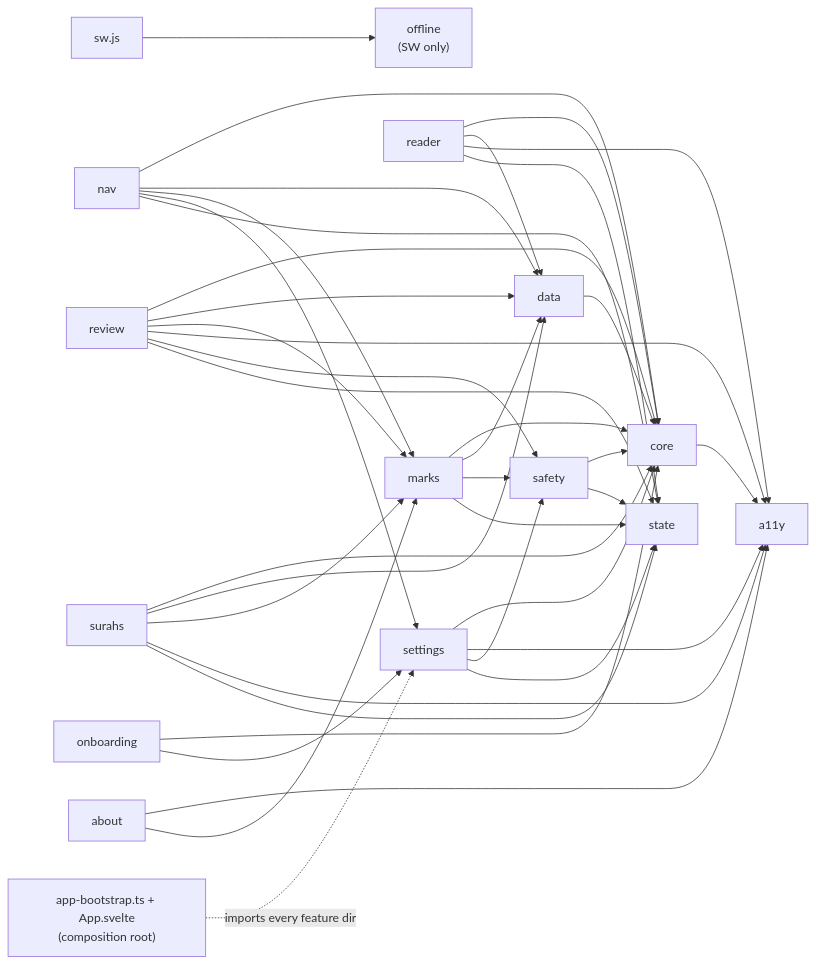
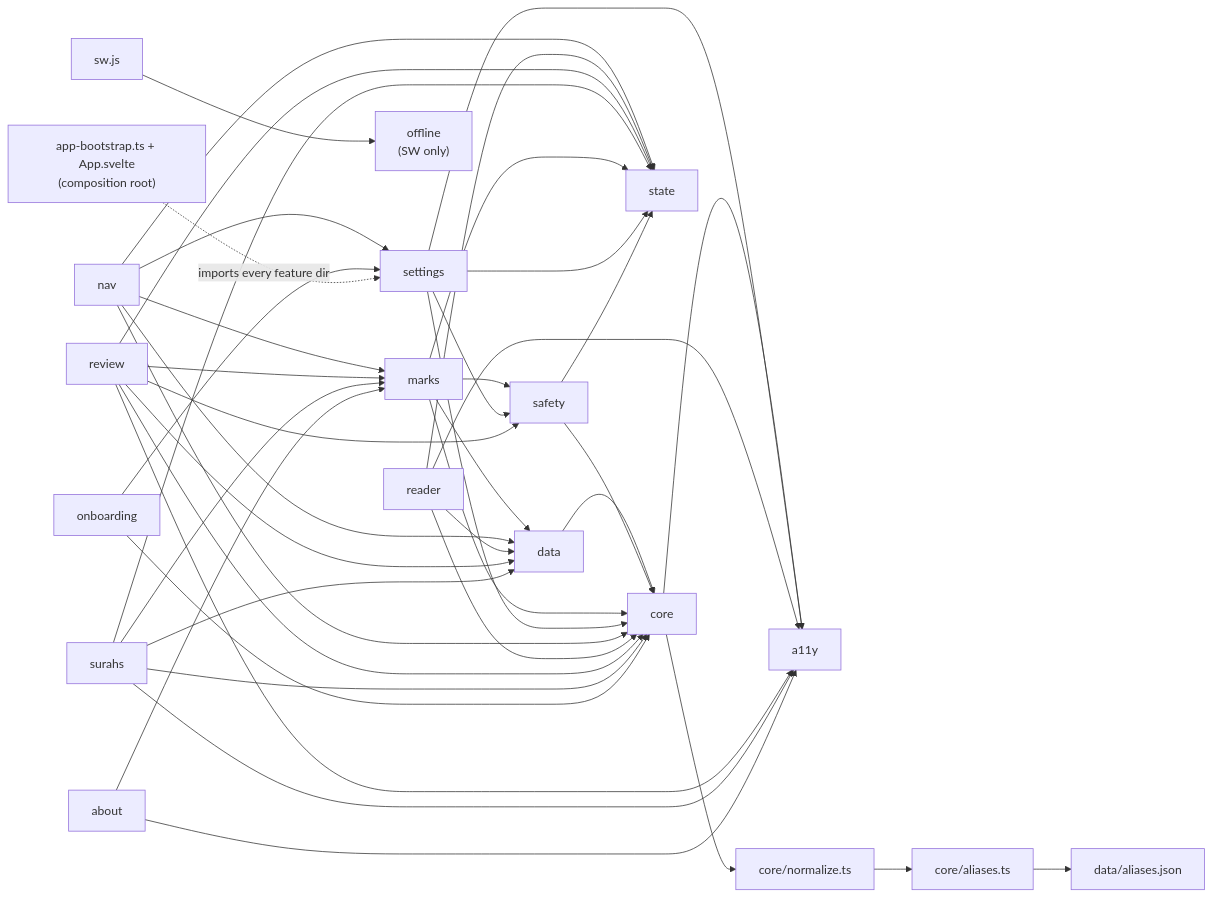
One commit to Omar-MD/QuranAtlas changed the diagram in docs/context/module-graph.md. Above: the diagram before and after it, drawn with Mermaid. The commit also changed other lines of this file, not shown here.

Commit message:
docs(module-graph): add core/normalize + core/aliases modules

````diff
--- a/docs/context/module-graph.md
+++ b/docs/context/module-graph.md
@@ -11,58 +11,64 @@
 ```mermaid
 graph LR
   a11y[a11y]
   core[core]
+  aliases_json["data/aliases.json"]
+  normalize["core/normalize.ts"]
+  aliases["core/aliases.ts"]
   data[data]
   safety[safety]
   marks[marks]
   settings[settings]
   nav[nav]
   reader[reader]
   review[review]
   surahs[surahs]
   about[about]
   onboarding[onboarding]
   offline["offline<br/>(SW only)"]
   sw["sw.js"]
   state[state]
 
+  normalize --> aliases
+  aliases --> aliases_json
   core --> a11y
+  core --> normalize
   data --> core
   safety --> core
   marks --> core
   marks --> data
   marks --> safety
   settings --> core
   settings --> a11y
   settings --> safety
   nav --> core
   nav --> data
   nav --> marks
   nav --> settings
   nav --> state
   reader --> core
   reader --> data
   reader --> a11y
   reader --> state
   review --> core
   review --> data
   review --> marks
   review --> a11y
   review --> safety
   review --> state
   surahs --> core
   surahs --> data
   surahs --> marks
   surahs --> a11y
   surahs --> state
   marks --> state
   settings --> state
   safety --> state
   about --> a11y
   about --> marks
   onboarding --> core
   onboarding --> settings
 
   sw --> offline
   app["app-bootstrap.ts + App.svelte<br/>(composition root)"] -.imports every feature dir.-> settings
 ```
````
